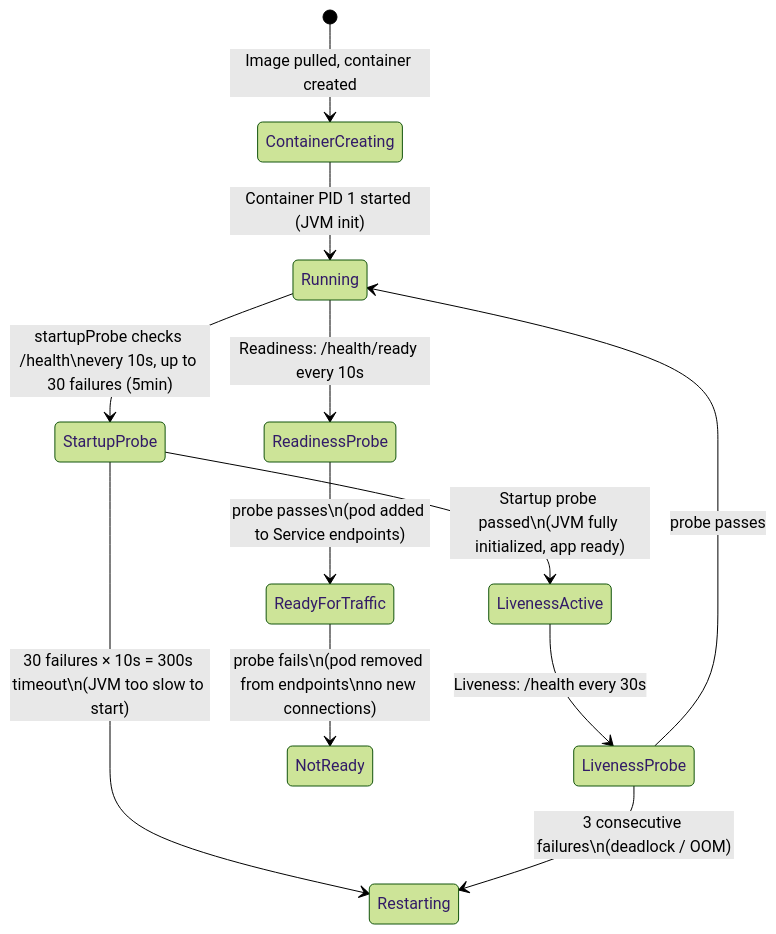
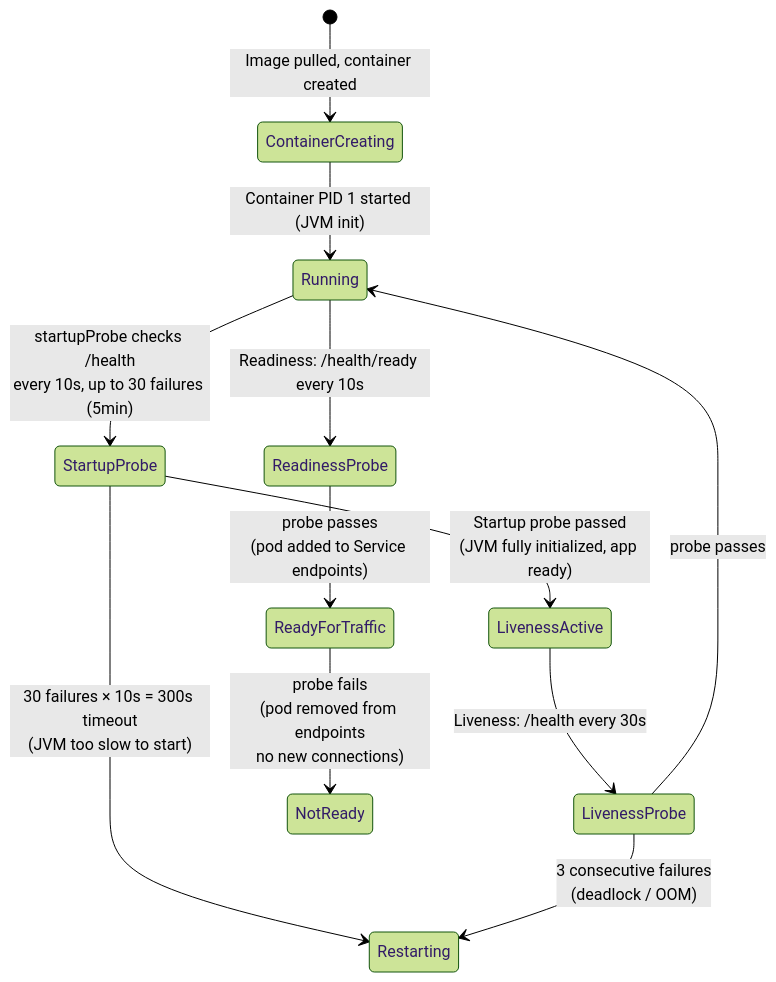
Diagram 14 of 23 in content/docs/books/devops/docker-kubernetes-java-internals.md (choisimo/document), drawn with Mermaid (forest theme) before and after one commit. The commit also changed other lines of this file and 432 other files, not shown here.

````diff
--- a/content/docs/books/devops/docker-kubernetes-java-internals.md
+++ b/content/docs/books/devops/docker-kubernetes-java-internals.md
@@ -289,14 +290,14 @@
 ```mermaid
 stateDiagram-v2
     [*] --> ContainerCreating: Image pulled, container created
     ContainerCreating --> Running: Container PID 1 started (JVM init)
-    Running --> StartupProbe: startupProbe checks /health\nevery 10s, up to 30 failures (5min)
-    StartupProbe --> LivenessActive: Startup probe passed\n(JVM fully initialized, app ready)
-    StartupProbe --> Restarting: 30 failures × 10s = 300s timeout\n(JVM too slow to start)
-    LivenessActive --> LivenessProbe: Liveness: /health every 30s
+    Running --> StartupProbe: startupProbe checks /health<br/>every 10s, up to 30 failures (5min)
+    StartupProbe --> LivenessActive: Startup probe passed<br/>(JVM fully initialized, app ready)
+    StartupProbe --> Restarting: 30 failures × 10s = 300s timeout<br/>(JVM too slow to start)
+    LivenessActive --> LivenessProbe: Liveness#58; /health every 30s
     LivenessProbe --> Running: probe passes
-    LivenessProbe --> Restarting: 3 consecutive failures\n(deadlock / OOM)
-    Running --> ReadinessProbe: Readiness: /health/ready every 10s
-    ReadinessProbe --> ReadyForTraffic: probe passes\n(pod added to Service endpoints)
-    ReadyForTraffic --> NotReady: probe fails\n(pod removed from endpoints\nno new connections)
+    LivenessProbe --> Restarting: 3 consecutive failures<br/>(deadlock / OOM)
+    Running --> ReadinessProbe: Readiness#58; /health/ready every 10s
+    ReadinessProbe --> ReadyForTraffic: probe passes<br/>(pod added to Service endpoints)
+    ReadyForTraffic --> NotReady: probe fails<br/>(pod removed from endpoints<br/>no new connections)
 ```
````
